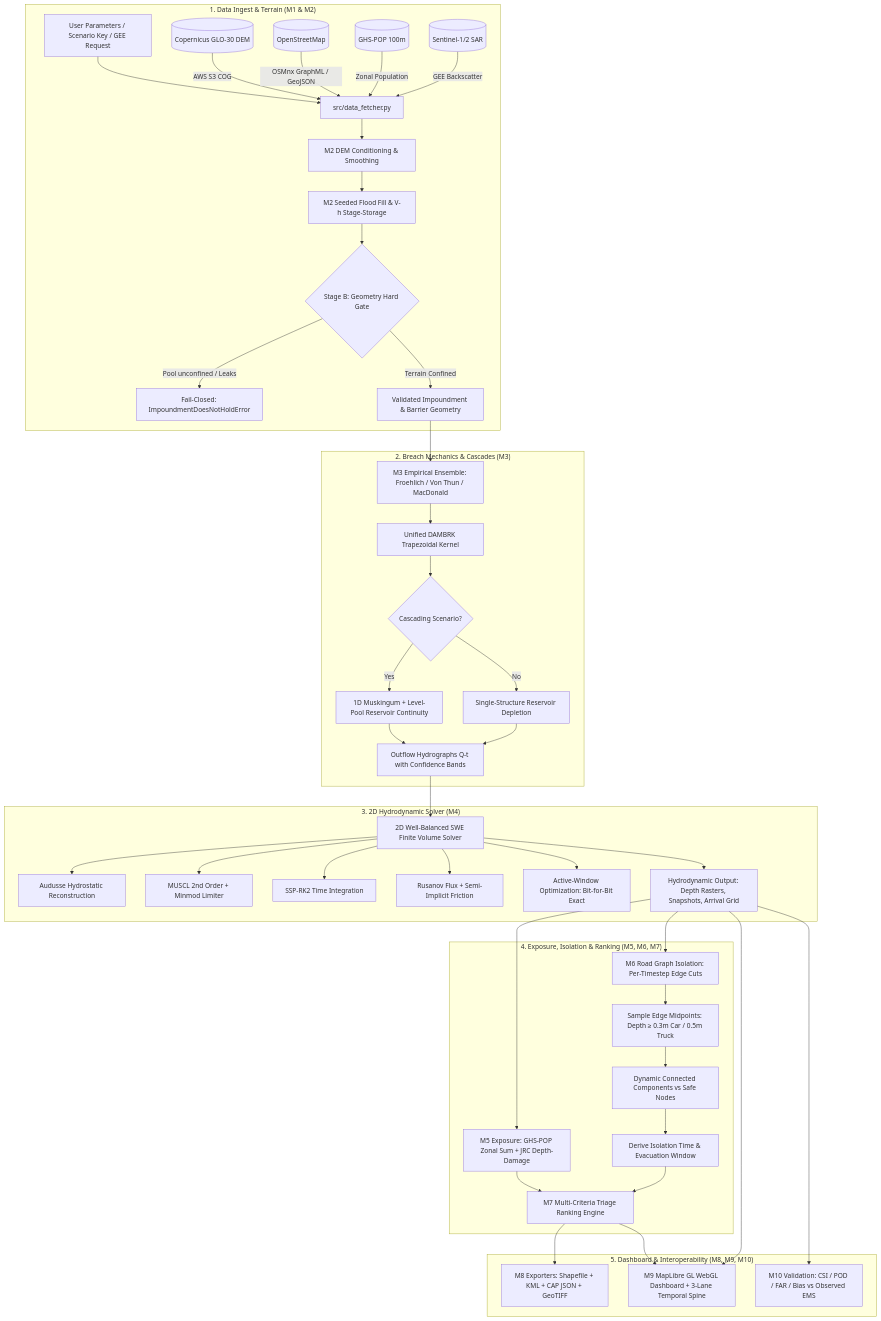
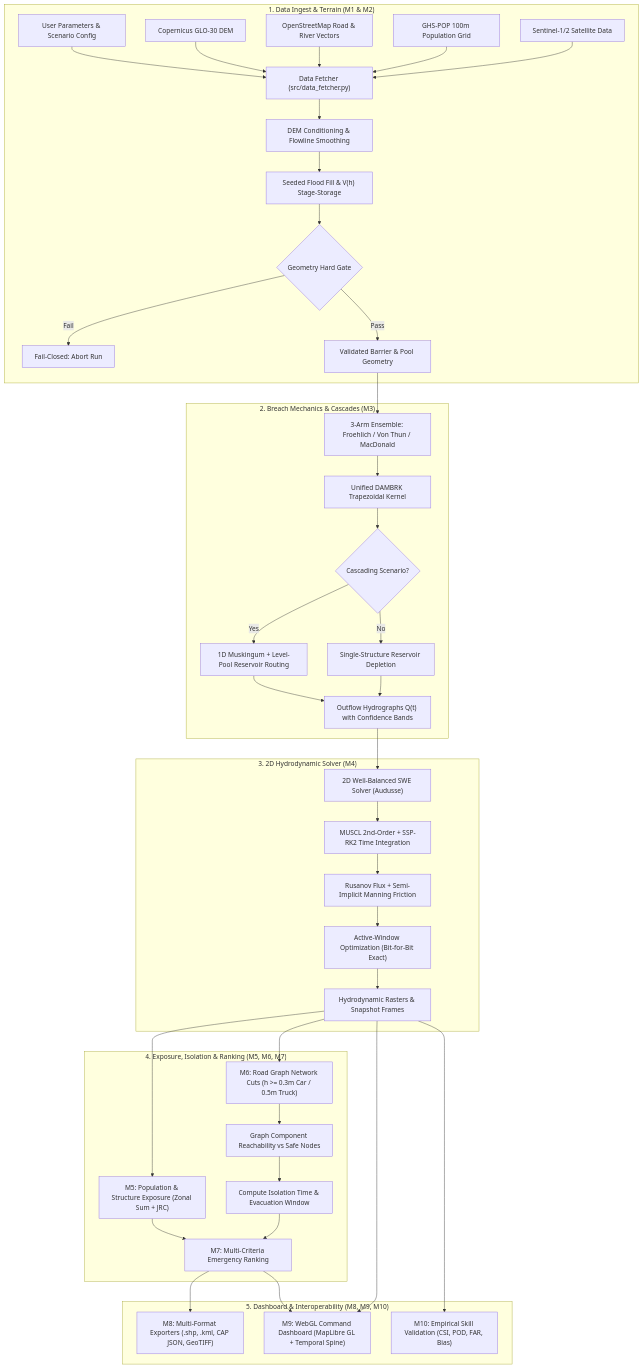
Before and after one commit to YayaBud/floodsight: the first of 3 diagrams in README.md, drawn with Mermaid. The commit also changed other lines of this file, not shown here.

Commit message:
docs: fix Mermaid diagram syntax in README for GitHub rendering

````diff
--- a/README.md
+++ b/README.md
@@ -84,49 +84,49 @@
 ```mermaid
 flowchart TD
-    subgraph INGEST["1. Data Ingest & Terrain (M1 & M2)"]
-        A[User Parameters / Scenario Key / GEE Request] --> B[src/data_fetcher.py]
-        B1[(Copernicus GLO-30 DEM)] -->|AWS S3 COG| B
-        B2[(OpenStreetMap)] -->|OSMnx GraphML / GeoJSON| B
-        B3[(GHS-POP 100m)] -->|Zonal Population| B
-        B4[(Sentinel-1/2 SAR)] -->|GEE Backscatter| B
-        B --> C[M2 DEM Conditioning & Smoothing]
-        C --> D[M2 Seeded Flood Fill & V-h Stage-Storage]
-        D --> E{Stage B: Geometry Hard Gate}
-        E -->|Pool unconfined / Leaks| FAIL[Fail-Closed: ImpoundmentDoesNotHoldError]
-        E -->|Terrain Confined| F[Validated Impoundment & Barrier Geometry]
+    subgraph INGEST ["1. Data Ingest & Terrain (M1 & M2)"]
+        A["User Parameters & Scenario Config"] --> B["Data Fetcher (src/data_fetcher.py)"]
+        B1["Copernicus GLO-30 DEM"] --> B
+        B2["OpenStreetMap Road & River Vectors"] --> B
+        B3["GHS-POP 100m Population Grid"] --> B
+        B4["Sentinel-1/2 Satellite Data"] --> B
+        B --> C["DEM Conditioning & Flowline Smoothing"]
+        C --> D["Seeded Flood Fill & V(h) Stage-Storage"]
+        D --> E{"Geometry Hard Gate"}
+        E -->|Fail| FAIL["Fail-Closed: Abort Run"]
+        E -->|Pass| F["Validated Barrier & Pool Geometry"]
     end
 
-    subgraph BREACH["2. Breach Mechanics & Cascades (M3)"]
-        F --> G[M3 Empirical Ensemble: Froehlich / Von Thun / MacDonald]
-        G --> H[Unified DAMBRK Trapezoidal Kernel]
-        H --> I{Cascading Scenario?}
-        I -->|Yes| J[1D Muskingum + Level-Pool Reservoir Continuity]
-        I -->|No| K[Single-Structure Reservoir Depletion]
-        J & K --> L[Outflow Hydrographs Q-t with Confidence Bands]
+    subgraph BREACH ["2. Breach Mechanics & Cascades (M3)"]
+        F --> G["3-Arm Ensemble: Froehlich / Von Thun / MacDonald"]
+        G --> H["Unified DAMBRK Trapezoidal Kernel"]
+        H --> I{"Cascading Scenario?"}
+        I -->|Yes| J["1D Muskingum + Level-Pool Reservoir Routing"]
+        I -->|No| K["Single-Structure Reservoir Depletion"]
+        J --> L["Outflow Hydrographs Q(t) with Confidence Bands"]
+        K --> L
     end
 
-    subgraph SOLVER["3. 2D Hydrodynamic Solver (M4)"]
-        L --> M[2D Well-Balanced SWE Finite Volume Solver]
-        M --> M1[Audusse Hydrostatic Reconstruction]
-        M --> M2[MUSCL 2nd Order + Minmod Limiter]
-        M --> M3[SSP-RK2 Time Integration]
-        M --> M4[Rusanov Flux + Semi-Implicit Friction]
-        M --> M5[Active-Window Optimization: Bit-for-Bit Exact]
-        M --> N[Hydrodynamic Output: Depth Rasters, Snapshots, Arrival Grid]
+    subgraph SOLVER ["3. 2D Hydrodynamic Solver (M4)"]
+        L --> M["2D Well-Balanced SWE Solver (Audusse)"]
+        M --> M1["MUSCL 2nd-Order + SSP-RK2 Time Integration"]
+        M1 --> M2["Rusanov Flux + Semi-Implicit Manning Friction"]
+        M2 --> M3["Active-Window Optimization (Bit-for-Bit Exact)"]
+        M3 --> N["Hydrodynamic Rasters & Snapshot Frames"]
     end
 
-    subgraph CONSEQUENCE["4. Exposure, Isolation & Ranking (M5, M6, M7)"]
-        N --> O[M5 Exposure: GHS-POP Zonal Sum + JRC Depth-Damage]
-        N --> P[M6 Road Graph Isolation: Per-Timestep Edge Cuts]
-        P --> P1[Sample Edge Midpoints: Depth ≥ 0.3m Car / 0.5m Truck]
-        P1 --> P2[Dynamic Connected Components vs Safe Nodes]
-        P2 --> P3[Derive Isolation Time & Evacuation Window]
-        O & P3 --> Q[M7 Multi-Criteria Triage Ranking Engine]
+    subgraph CONSEQUENCE ["4. Exposure, Isolation & Ranking (M5, M6, M7)"]
+        N --> O["M5: Population & Structure Exposure (Zonal Sum + JRC)"]
+        N --> P["M6: Road Graph Network Cuts (h >= 0.3m Car / 0.5m Truck)"]
+        P --> P1["Graph Component Reachability vs Safe Nodes"]
+        P1 --> P2["Compute Isolation Time & Evacuation Window"]
+        O --> Q["M7: Multi-Criteria Emergency Ranking"]
+        P2 --> Q
     end
 
-    subgraph EXPORT["5. Dashboard & Interoperability (M8, M9, M10)"]
-        Q --> R[M8 Exporters: Shapefile + KML + CAP JSON + GeoTIFF]
-        N & Q --> S[M9 MapLibre GL WebGL Dashboard + 3-Lane Temporal Spine]
-        N --> T[M10 Validation: CSI / POD / FAR / Bias vs Observed EMS]
+    subgraph EXPORT ["5. Dashboard & Interoperability (M8, M9, M10)"]
+        Q --> R["M8: Multi-Format Exporters (.shp, .kml, CAP JSON, GeoTIFF)"]
+        Q --> S["M9: WebGL Command Dashboard (MapLibre GL + Temporal Spine)"]
+        N --> S
+        N --> T["M10: Empirical Skill Validation (CSI, POD, FAR, Bias)"]
     end
 ```
````
